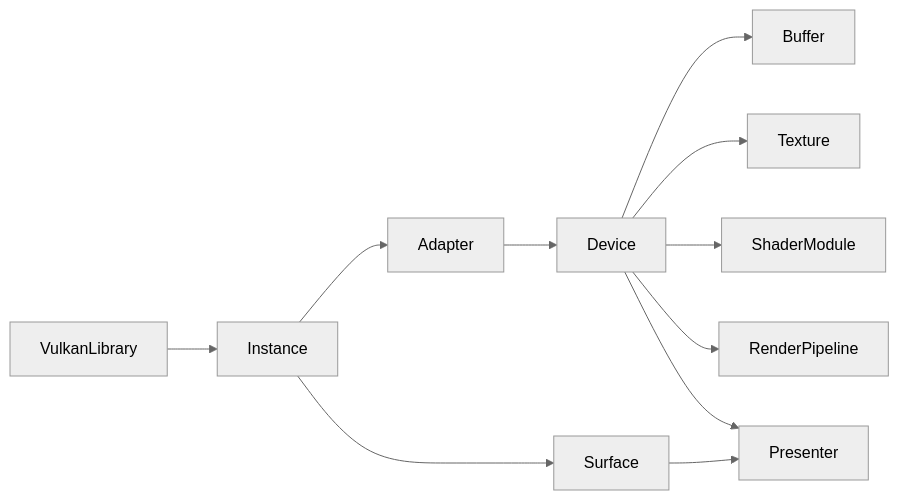
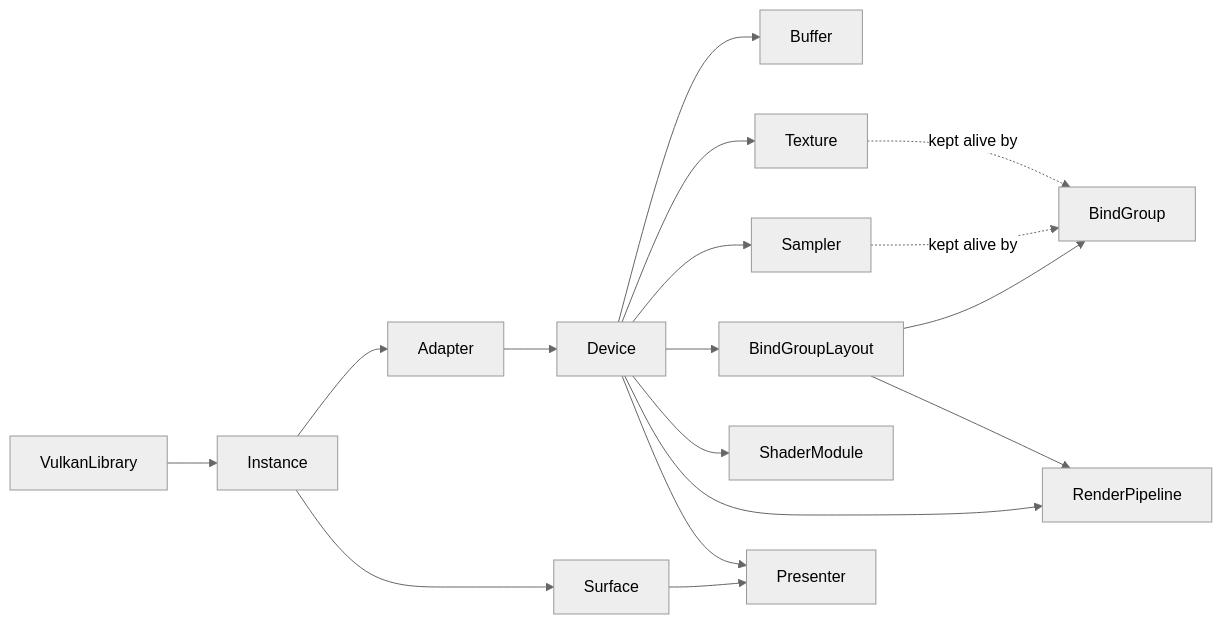
One commit to Kolosta/Koebi changed the diagram in docs/architecture/gpu-abstraction.md. Above: the diagram before and after it, drawn with Mermaid (neutral theme). The commit also changed other lines of this file and 17 other files, not shown here.

````diff
--- a/docs/architecture/gpu-abstraction.md
+++ b/docs/architecture/gpu-abstraction.md
@@ -38,13 +38,19 @@
 ```mermaid
 flowchart LR
     lib[VulkanLibrary] --> inst[Instance]
     inst --> ad[Adapter]
     ad --> dev[Device]
     dev --> buf[Buffer]
     dev --> tex[Texture]
+    dev --> samp[Sampler]
+    dev --> bgl[BindGroupLayout]
+    bgl --> bg[BindGroup]
+    tex -.kept alive by.-> bg
+    samp -.kept alive by.-> bg
     dev --> sm[ShaderModule]
     dev --> pipe[RenderPipeline]
+    bgl --> pipe
     inst --> surf[Surface]
     surf --> pres[Presenter]
     dev --> pres
 ```
````
